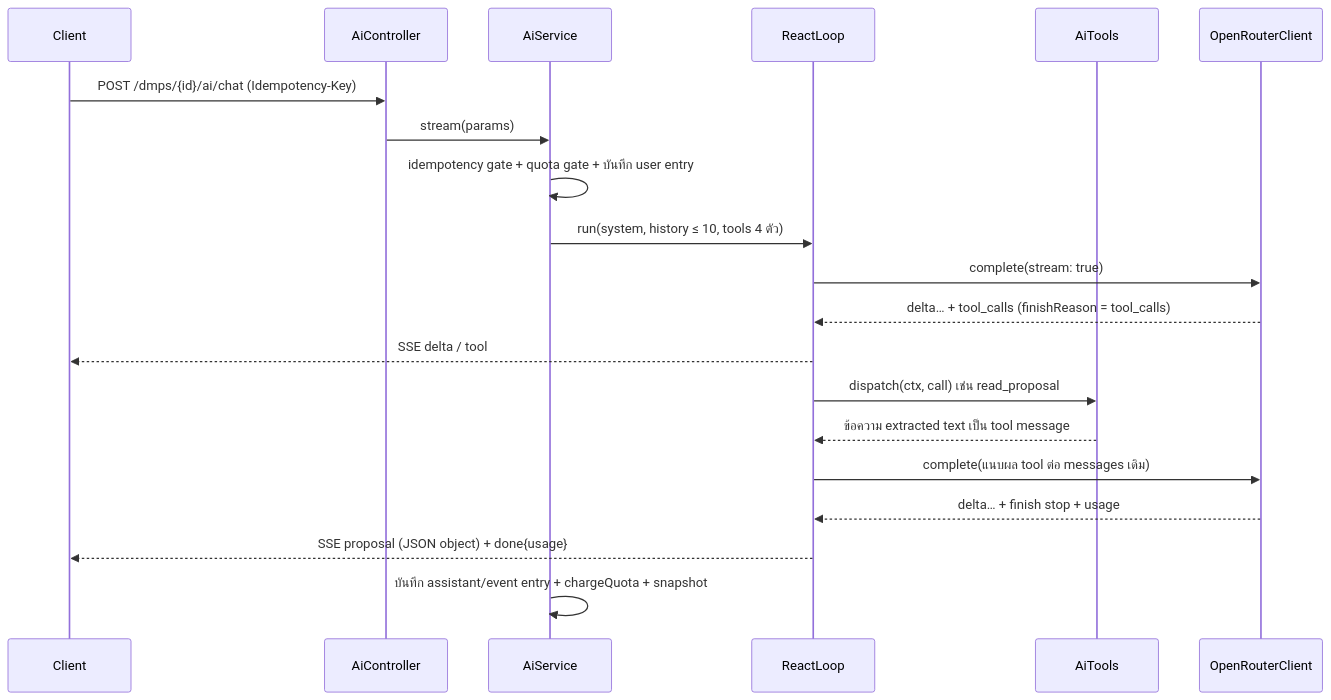
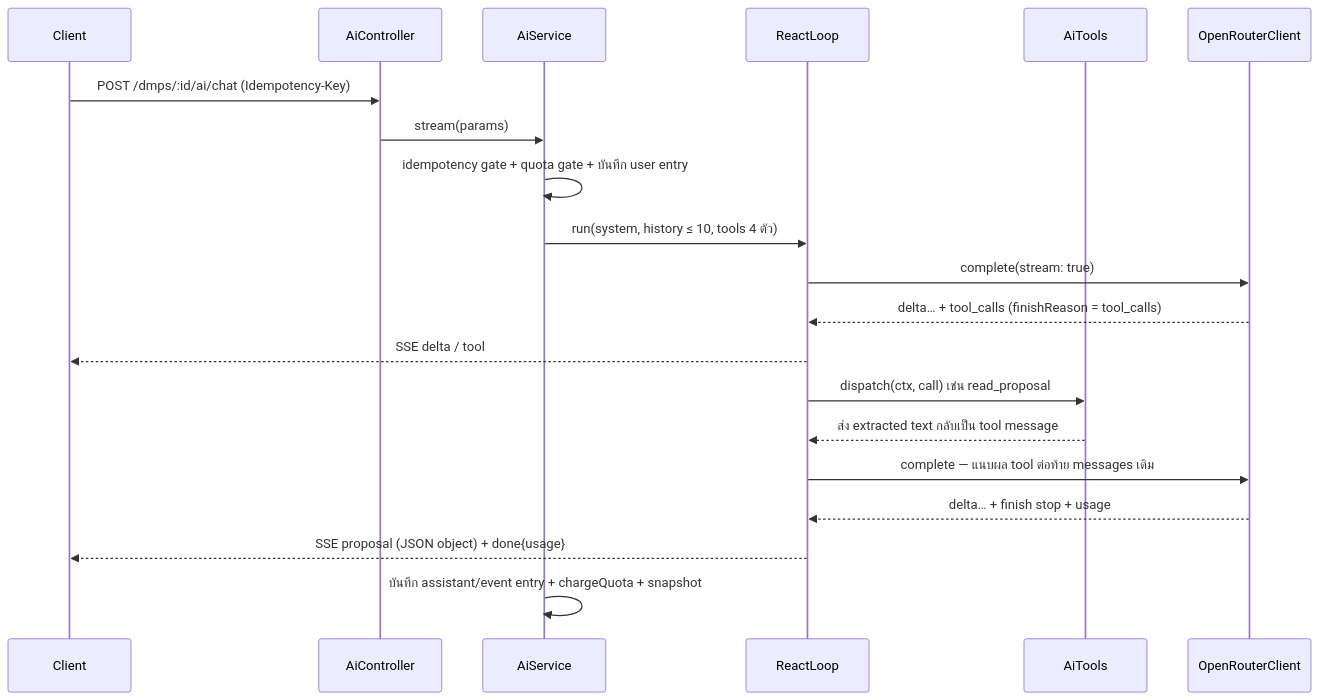
One commit to Open-Science-and-Data-management/Backend changed the second of 3 diagrams in src/features/ai/README.md. Above: the diagram before and after it, drawn with Mermaid. The commit also changed other lines of this file and 20 other files, not shown here.

````diff
--- a/src/features/ai/README.md
+++ b/src/features/ai/README.md
@@ -148,22 +228,22 @@
 ```mermaid
 sequenceDiagram
     participant FE as Client
     participant C as AiController
     participant S as AiService
     participant L as ReactLoop
     participant T as AiTools
     participant P as OpenRouterClient
-    FE->>C: POST /dmps/{id}/ai/chat (Idempotency-Key)
+    FE->>C: POST /dmps/:id/ai/chat (Idempotency-Key)
     C->>S: stream(params)
     S->>S: idempotency gate + quota gate + บันทึก user entry
     S->>L: run(system, history ≤ 10, tools 4 ตัว)
     L->>P: complete(stream: true)
     P-->>L: delta… + tool_calls (finishReason = tool_calls)
     L-->>FE: SSE delta / tool
     L->>T: dispatch(ctx, call) เช่น read_proposal
-    T-->>L: ข้อความ extracted text เป็น tool message
-    L->>P: complete(แนบผล tool ต่อ messages เดิม)
+    T-->>L: ส่ง extracted text กลับเป็น tool message
+    L->>P: complete — แนบผล tool ต่อท้าย messages เดิม
     P-->>L: delta… + finish stop + usage
     L-->>FE: SSE proposal (JSON object) + done{usage}
     S->>S: บันทึก assistant/event entry + chargeQuota + snapshot
 ```
````
